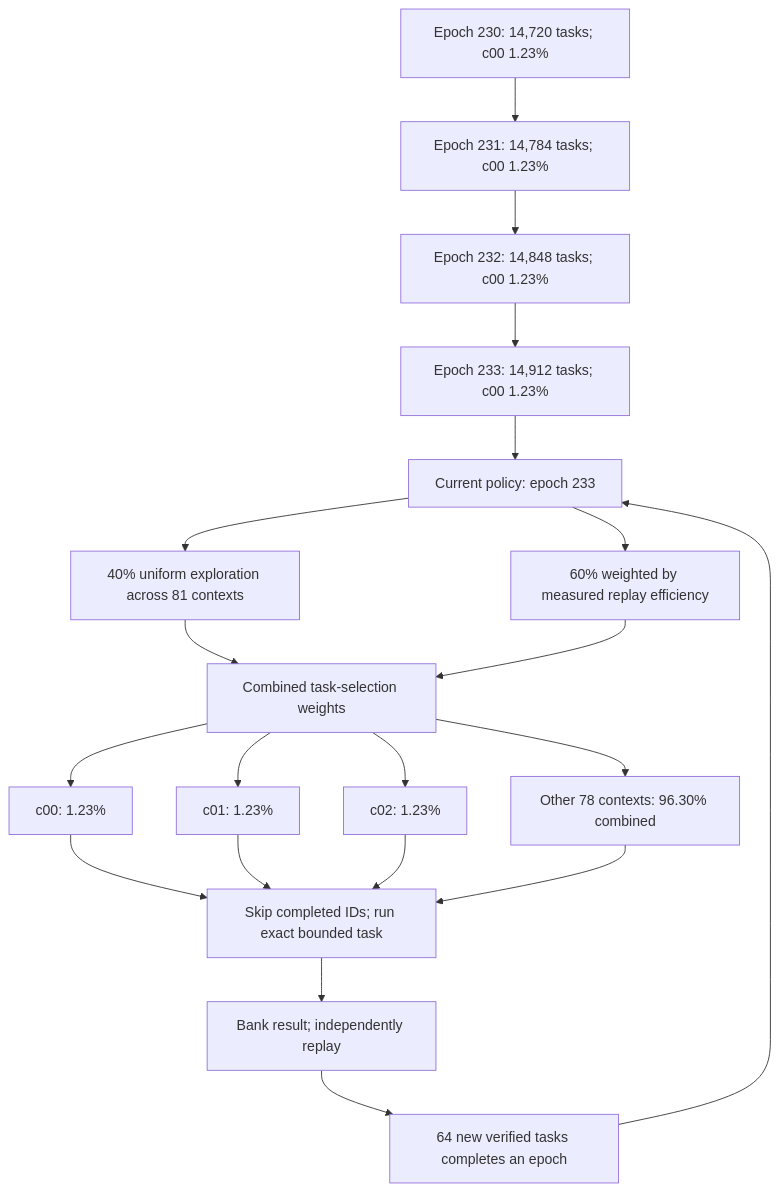
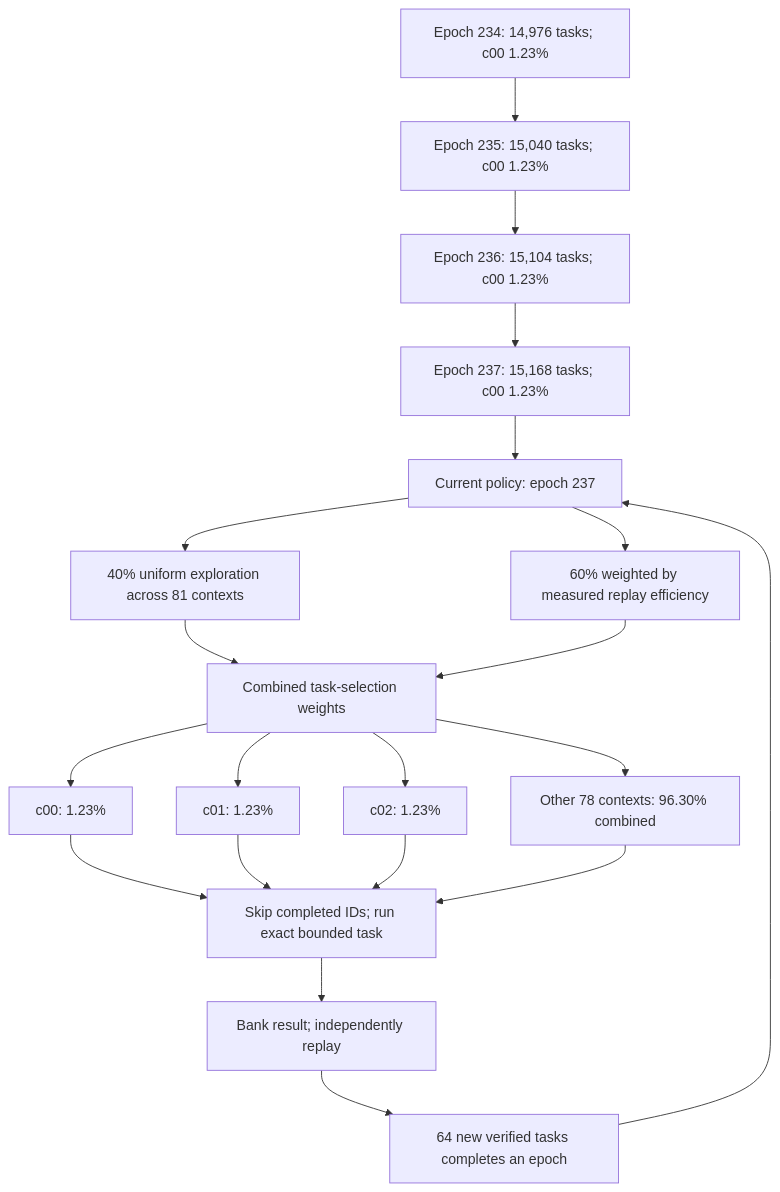
The diagram in README.md (Kuberwastaken/math-gambling), drawn with Mermaid before and after one commit. The commit also changed other lines of this file and 598 other files, not shown here.

````diff
--- a/README.md
+++ b/README.md
@@ -49,27 +49,27 @@
 ```mermaid
 flowchart TD
-    H0["Epoch 230: 14,720 tasks; c00 1.23%"]
-    H1["Epoch 231: 14,784 tasks; c00 1.23%"]
+    H0["Epoch 234: 14,976 tasks; c00 1.23%"]
+    H1["Epoch 235: 15,040 tasks; c00 1.23%"]
     H0 --> H1
-    H2["Epoch 232: 14,848 tasks; c00 1.23%"]
+    H2["Epoch 236: 15,104 tasks; c00 1.23%"]
     H1 --> H2
-    H3["Epoch 233: 14,912 tasks; c00 1.23%"]
+    H3["Epoch 237: 15,168 tasks; c00 1.23%"]
     H2 --> H3
-    Policy["Current policy: epoch 233"]
+    Policy["Current policy: epoch 237"]
     H3 --> Policy
     Policy --> Explore["40% uniform exploration across 81 contexts"]
     Policy --> Cost["60% weighted by measured replay efficiency"]
     Explore --> Mix["Combined task-selection weights"]
     Cost --> Mix
     Mix --> C0["c00: 1.23%"]
     Mix --> C1["c01: 1.23%"]
     Mix --> C2["c02: 1.23%"]
     Mix --> Rest["Other 78 contexts: 96.30% combined"]
     C0 --> Check["Skip completed IDs; run exact bounded task"]
     C1 --> Check
     C2 --> Check
     Rest --> Check
     Check --> Replay["Bank result; independently replay"]
     Replay --> Gate["64 new verified tasks completes an epoch"]
     Gate --> Policy
 ```
````
